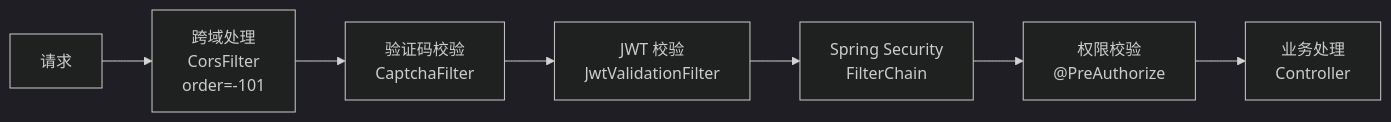
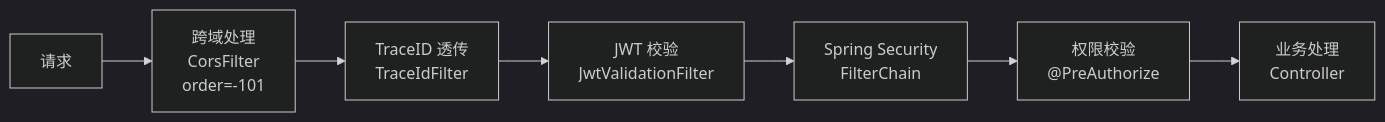
The tenth of 14 diagrams in dehaze-doc/docs/02-系统架构/09-后端基础设施设计(Java).md (earthy-zinc/dehaze-system), drawn with Mermaid (dark theme) before and after one commit. The commit also changed other lines of this file and 19 other files, not shown here.

````diff
--- a/dehaze-doc/docs/02-系统架构/09-后端基础设施设计(Java).md
+++ b/dehaze-doc/docs/02-系统架构/09-后端基础设施设计(Java).md
@@ -759,9 +787,9 @@
 ```mermaid
 flowchart LR
     Req["请求"] --> CORS["跨域处理<br/>CorsFilter<br/>order=-101"]
-    CORS --> Captcha["验证码校验<br/>CaptchaFilter"]
-    Captcha --> JWT["JWT 校验<br/>JwtValidationFilter"]
+    CORS --> Trace["TraceID 透传<br/>TraceIdFilter"]
+    Trace --> JWT["JWT 校验<br/>JwtValidationFilter"]
     JWT --> Security["Spring Security<br/>FilterChain"]
     Security --> Permission["权限校验<br/>@PreAuthorize"]
     Permission --> Handler["业务处理<br/>Controller"]
 ```
````
